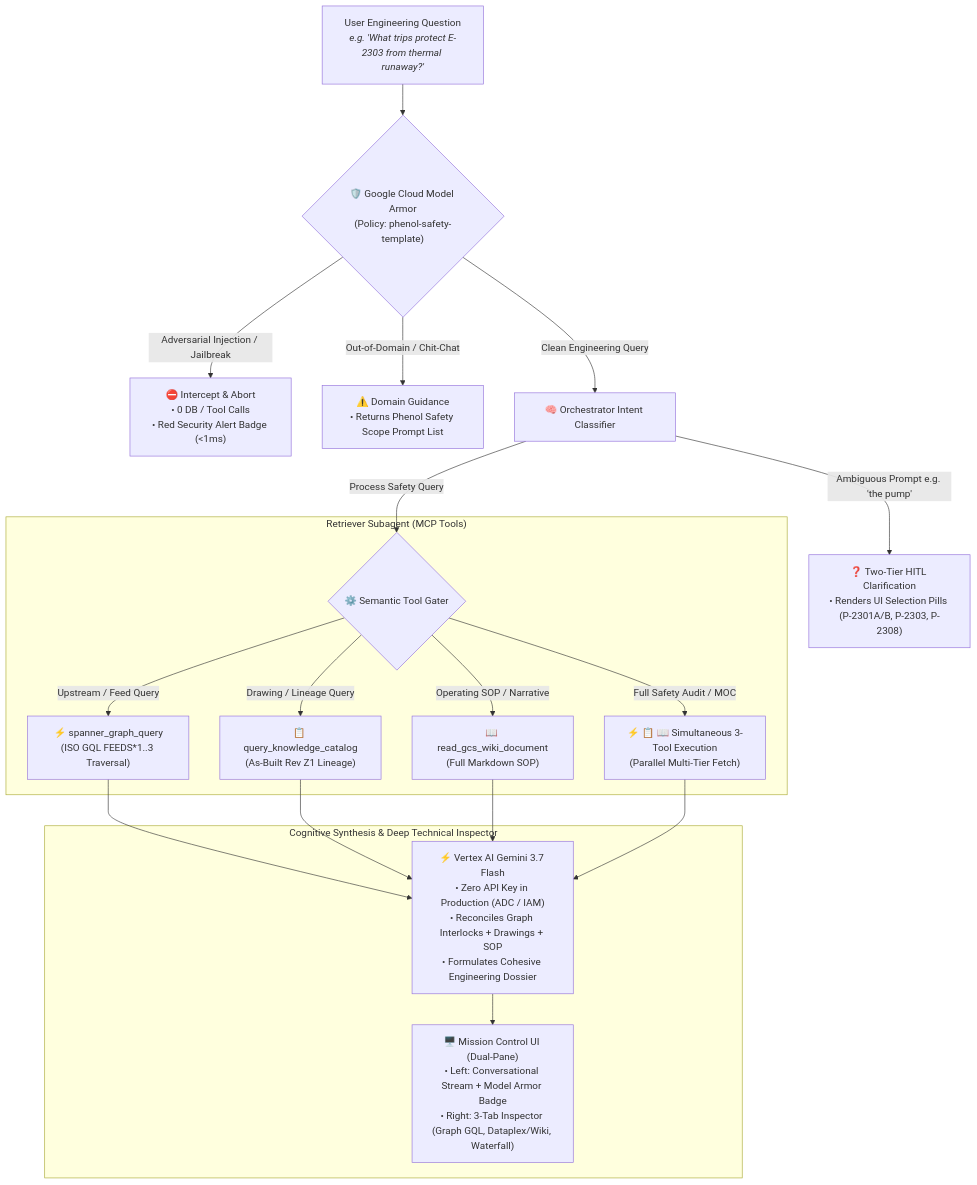
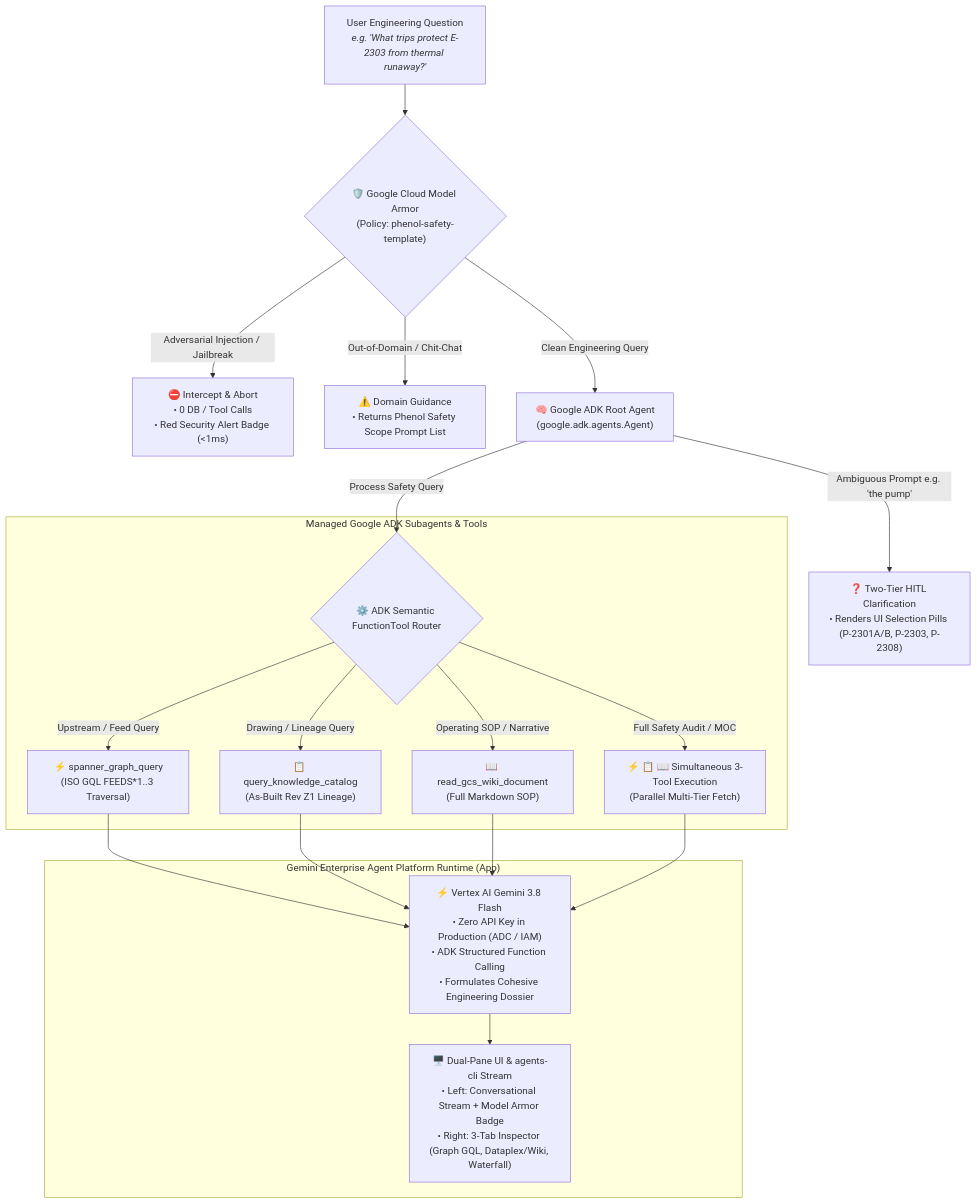
The second of 2 diagrams in docs/architecture.md (pantana-na/pttep-kg), drawn with Mermaid before and after one commit. The commit also changed other lines of this file and 81 other files, not shown here.

````diff
--- a/docs/architecture.md
+++ b/docs/architecture.md
@@ -104,28 +104,28 @@
 ```mermaid
 flowchart TD
     UserQuery["User Engineering Question<br/><i>e.g. 'What trips protect E-2303 from thermal runaway?'</i>"] --> Armor{"🛡️ Google Cloud Model Armor<br/>(Policy: phenol-safety-template)"}
 
     Armor -->|Adversarial Injection / Jailbreak| Blocked["⛔ Intercept & Abort<br/>• 0 DB / Tool Calls<br/>• Red Security Alert Badge (<1ms)"]
     Armor -->|Out-of-Domain / Chit-Chat| Guidance["⚠️ Domain Guidance<br/>• Returns Phenol Safety Scope Prompt List"]
-    Armor -->|Clean Engineering Query| Orchestrator["🧠 Orchestrator Intent Classifier"]
+    Armor -->|Clean Engineering Query| Orchestrator["🧠 Google ADK Root Agent<br/>(google.adk.agents.Agent)"]
 
     Orchestrator -->|Ambiguous Prompt e.g. 'the pump'| HITL["❓ Two-Tier HITL Clarification<br/>• Renders UI Selection Pills (P-2301A/B, P-2303, P-2308)"]
-    Orchestrator -->|Process Safety Query| ToolGater{"⚙️ Semantic Tool Gater"}
+    Orchestrator -->|Process Safety Query| ToolGater{"⚙️ ADK Semantic FunctionTool Router"}
 
-    subgraph RetrieverAgent["Retriever Subagent (MCP Tools)"]
+    subgraph ADKSubagents["Managed Google ADK Subagents & Tools"]
         ToolGater -->|Upstream / Feed Query| SpannerTool["⚡ spanner_graph_query<br/>(ISO GQL FEEDS*1..3 Traversal)"]
         ToolGater -->|Drawing / Lineage Query| DataplexTool["📋 query_knowledge_catalog<br/>(As-Built Rev Z1 Lineage)"]
         ToolGater -->|Operating SOP / Narrative| GCSTool["📖 read_gcs_wiki_document<br/>(Full Markdown SOP)"]
         ToolGater -->|Full Safety Audit / MOC| MultiTool["⚡ 📋 📖 Simultaneous 3-Tool Execution<br/>(Parallel Multi-Tier Fetch)"]
     end
 
     SpannerTool --> Synthesizer
     DataplexTool --> Synthesizer
     GCSTool --> Synthesizer
     MultiTool --> Synthesizer
 
-    subgraph SynthesisEngine["Cognitive Synthesis & Deep Technical Inspector"]
-        Synthesizer["⚡ Vertex AI Gemini 3.7 Flash<br/>• Zero API Key in Production (ADC / IAM)<br/>• Reconciles Graph Interlocks + Drawings + SOP<br/>• Formulates Cohesive Engineering Dossier"]
-        Synthesizer --> UIStream["🖥️ Mission Control UI (Dual-Pane)<br/>• Left: Conversational Stream + Model Armor Badge<br/>• Right: 3-Tab Inspector (Graph GQL, Dataplex/Wiki, Waterfall)"]
+    subgraph ADKRuntime["Gemini Enterprise Agent Platform Runtime (App)"]
+        Synthesizer["⚡ Vertex AI Gemini 3.8 Flash<br/>• Zero API Key in Production (ADC / IAM)<br/>• ADK Structured Function Calling<br/>• Formulates Cohesive Engineering Dossier"]
+        Synthesizer --> UIStream["🖥️ Dual-Pane UI & agents-cli Stream<br/>• Left: Conversational Stream + Model Armor Badge<br/>• Right: 3-Tab Inspector (Graph GQL, Dataplex/Wiki, Waterfall)"]
     end
 ```
````
